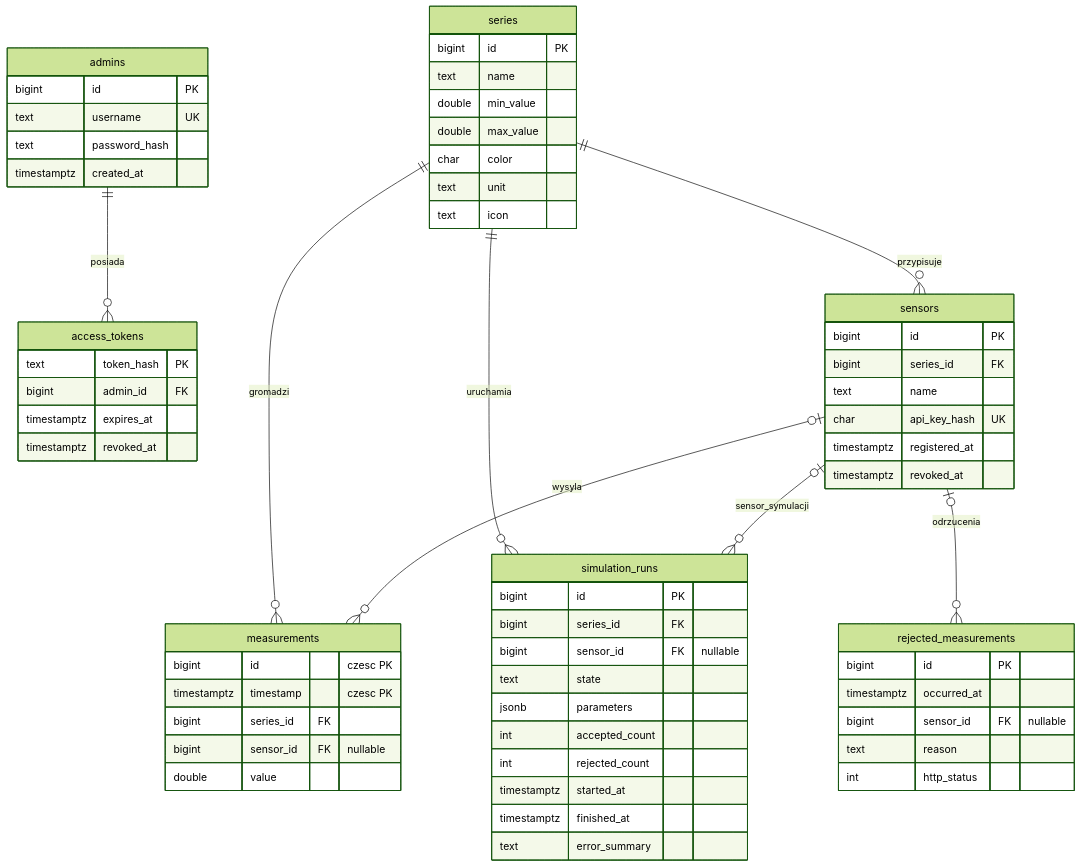
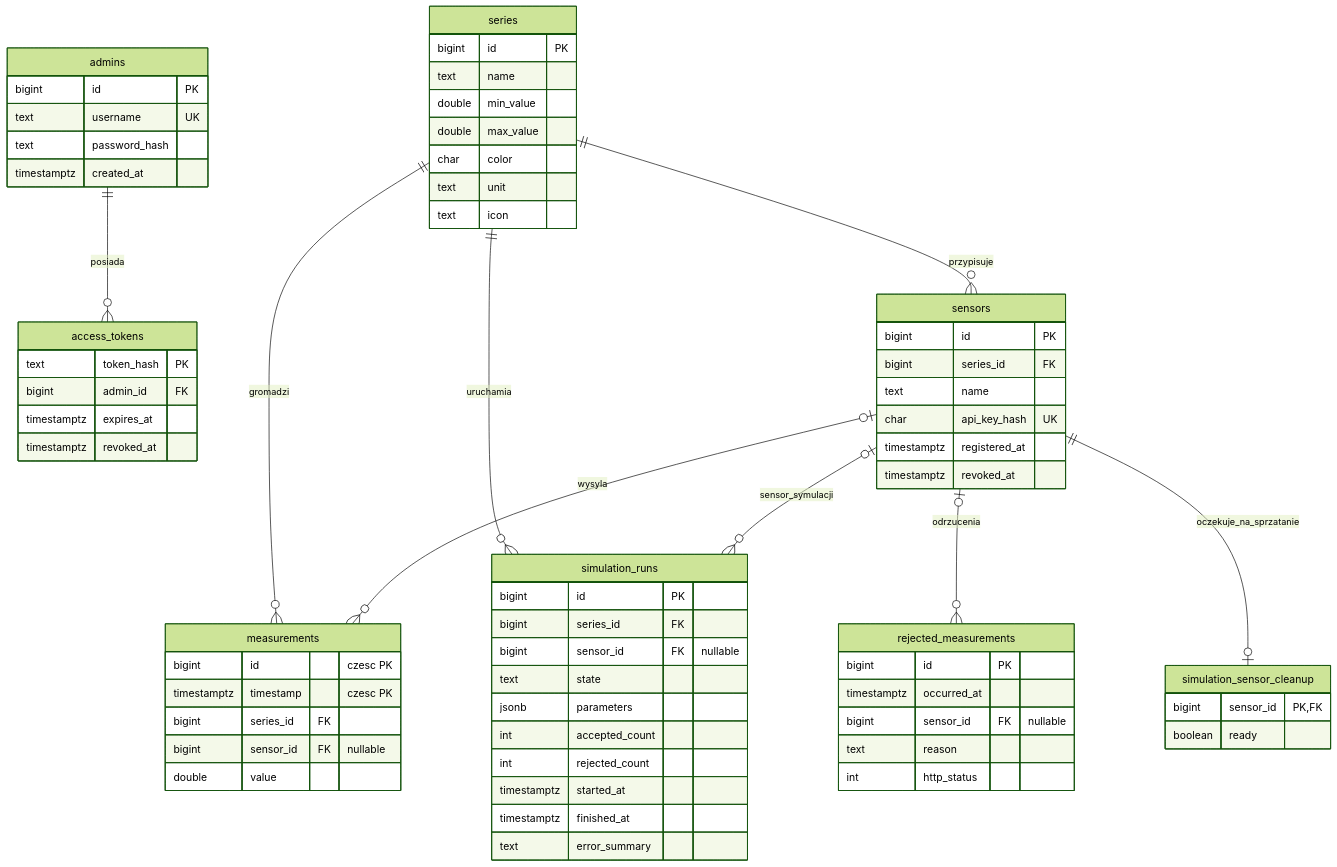
The diagram in docs/ERD.md (KonstantynBely/zaiuz_project), drawn with Mermaid (forest theme) before and after one commit. The commit also changed other lines of this file and 1 other file, not shown here.

Commit message:
fix: poprawiono nagłówek Caddy i uzupełniono ERD

````diff
--- a/docs/ERD.md
+++ b/docs/ERD.md
@@ -5,66 +5,71 @@
 ```mermaid
 erDiagram
     admins ||--o{ access_tokens : "posiada"
     series ||--o{ sensors : "przypisuje"
     series ||--o{ measurements : "gromadzi"
     sensors |o--o{ measurements : "wysyla"
     series ||--o{ simulation_runs : "uruchamia"
     sensors |o--o{ simulation_runs : "sensor_symulacji"
     sensors |o--o{ rejected_measurements : "odrzucenia"
+    sensors ||--o| simulation_sensor_cleanup : "oczekuje_na_sprzatanie"
 
     admins {
         bigint id PK
         text username UK
         text password_hash
         timestamptz created_at
     }
     access_tokens {
         text token_hash PK
         bigint admin_id FK
         timestamptz expires_at
         timestamptz revoked_at
     }
     series {
         bigint id PK
         text name
         double min_value
         double max_value
         char color
         text unit
         text icon
     }
     sensors {
         bigint id PK
         bigint series_id FK
         text name
         char api_key_hash UK
         timestamptz registered_at
         timestamptz revoked_at
     }
     measurements {
         bigint id "czesc PK"
         timestamptz timestamp "czesc PK"
         bigint series_id FK
         bigint sensor_id FK "nullable"
         double value
     }
     simulation_runs {
         bigint id PK
         bigint series_id FK
         bigint sensor_id FK "nullable"
         text state
         jsonb parameters
         int accepted_count
         int rejected_count
         timestamptz started_at
         timestamptz finished_at
         text error_summary
     }
     rejected_measurements {
         bigint id PK
         timestamptz occurred_at
         bigint sensor_id FK "nullable"
         text reason
         int http_status
     }
+    simulation_sensor_cleanup {
+        bigint sensor_id PK, FK
+        boolean ready
+    }
 ```
````
